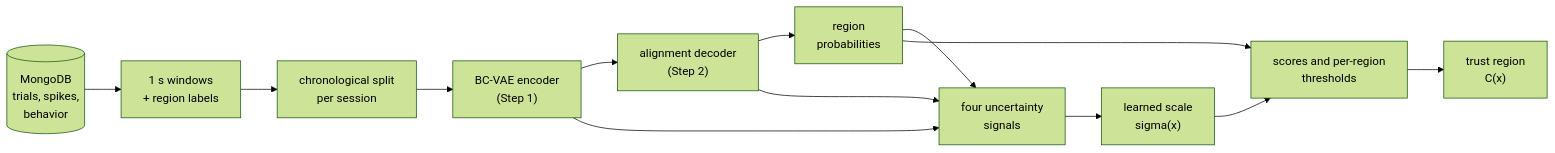
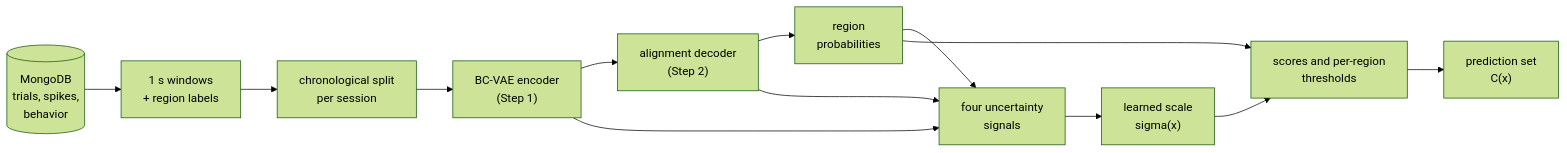
Before and after one commit to ada-ggf25/Conformal-BCI: the diagram in docs/pipeline.md, drawn with Mermaid (forest theme). The commit also changed other lines of this file and 5 other files, not shown here.

````diff
--- a/docs/pipeline.md
+++ b/docs/pipeline.md
@@ -5,15 +5,15 @@
 ```mermaid
 flowchart LR
     DB[("MongoDB<br/>trials, spikes,<br/>behavior")] --> W["1 s windows<br/>+ region labels"]
     W --> S["chronological split<br/>per session"]
     S --> E["BC-VAE encoder<br/>(Step 1)"]
     E --> A["alignment decoder<br/>(Step 2)"]
     A --> P["region<br/>probabilities"]
     E --> U["four uncertainty<br/>signals"]
     A --> U
     P --> U
     U --> SIG["learned scale<br/>sigma(x)"]
     P --> C["scores and per-region<br/>thresholds"]
     SIG --> C
-    C --> T["trust region<br/>C(x)"]
+    C --> T["prediction set<br/>C(x)"]
 ```
````
